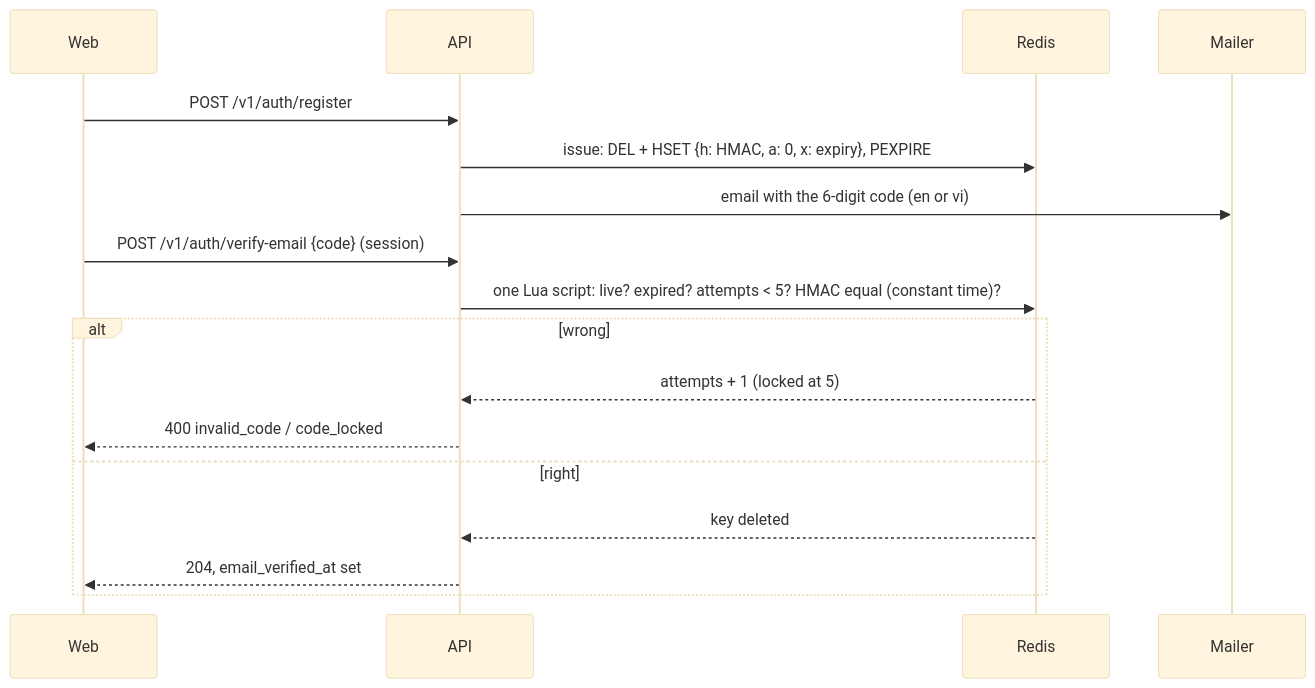
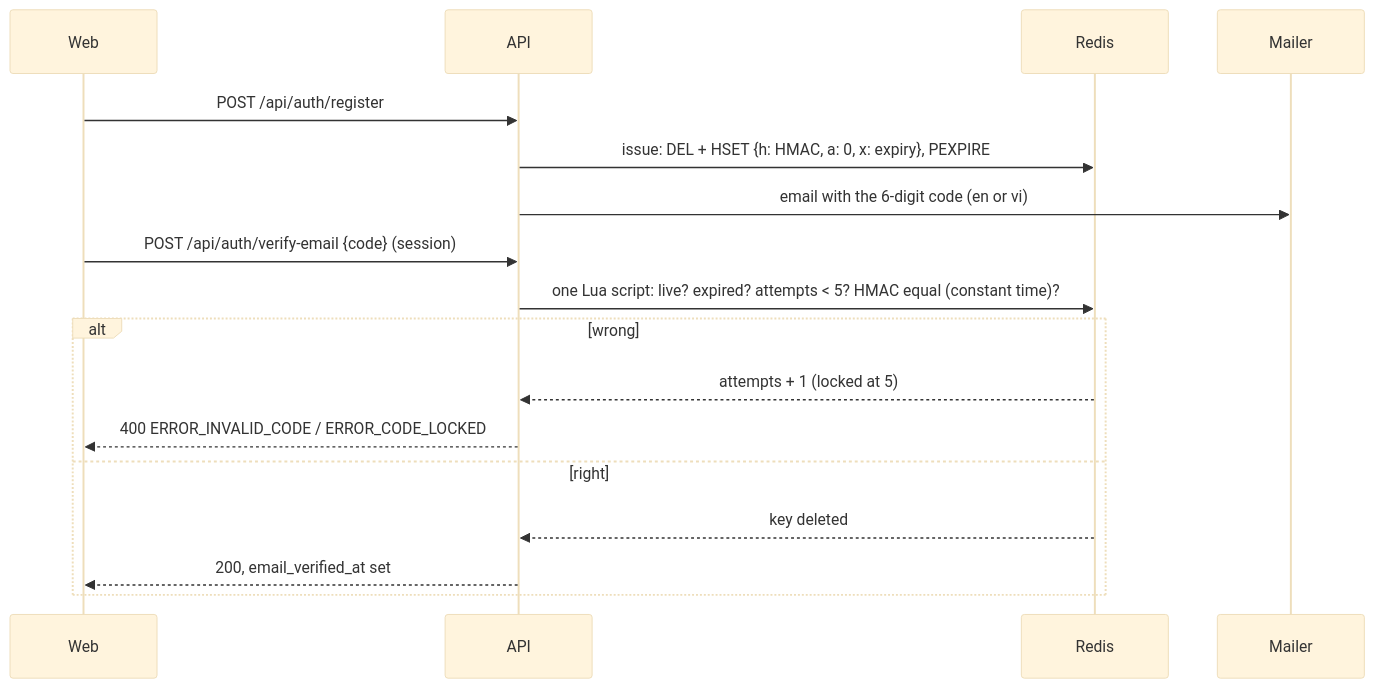
One commit to danyaa666/smemories changed the diagram in docs/auth-otp.md. Above: the diagram before and after it, drawn with Mermaid (base theme). The commit also changed other lines of this file and 45 other files, not shown here.

First line of the commit message:
feat(T-071): auth and user API v2 (/api/auth/*, /api/user/get-me), remove /v1 routes and web shim

````diff
--- a/docs/auth-otp.md
+++ b/docs/auth-otp.md
@@ -7,19 +7,19 @@
 ```mermaid
 sequenceDiagram
     participant W as Web
     participant A as API
     participant R as Redis
     participant M as Mailer
-    W->>A: POST /v1/auth/register
+    W->>A: POST /api/auth/register
     A->>R: issue: DEL + HSET {h: HMAC, a: 0, x: expiry}, PEXPIRE
     A->>M: email with the 6-digit code (en or vi)
-    W->>A: POST /v1/auth/verify-email {code} (session)
+    W->>A: POST /api/auth/verify-email {code} (session)
     A->>R: one Lua script: live? expired? attempts < 5? HMAC equal (constant time)?
     alt wrong
         R-->>A: attempts + 1 (locked at 5)
-        A-->>W: 400 invalid_code / code_locked
+        A-->>W: 400 ERROR_INVALID_CODE / ERROR_CODE_LOCKED
     else right
         R-->>A: key deleted
-        A-->>W: 204, email_verified_at set
+        A-->>W: 200, email_verified_at set
     end
 ```
````
